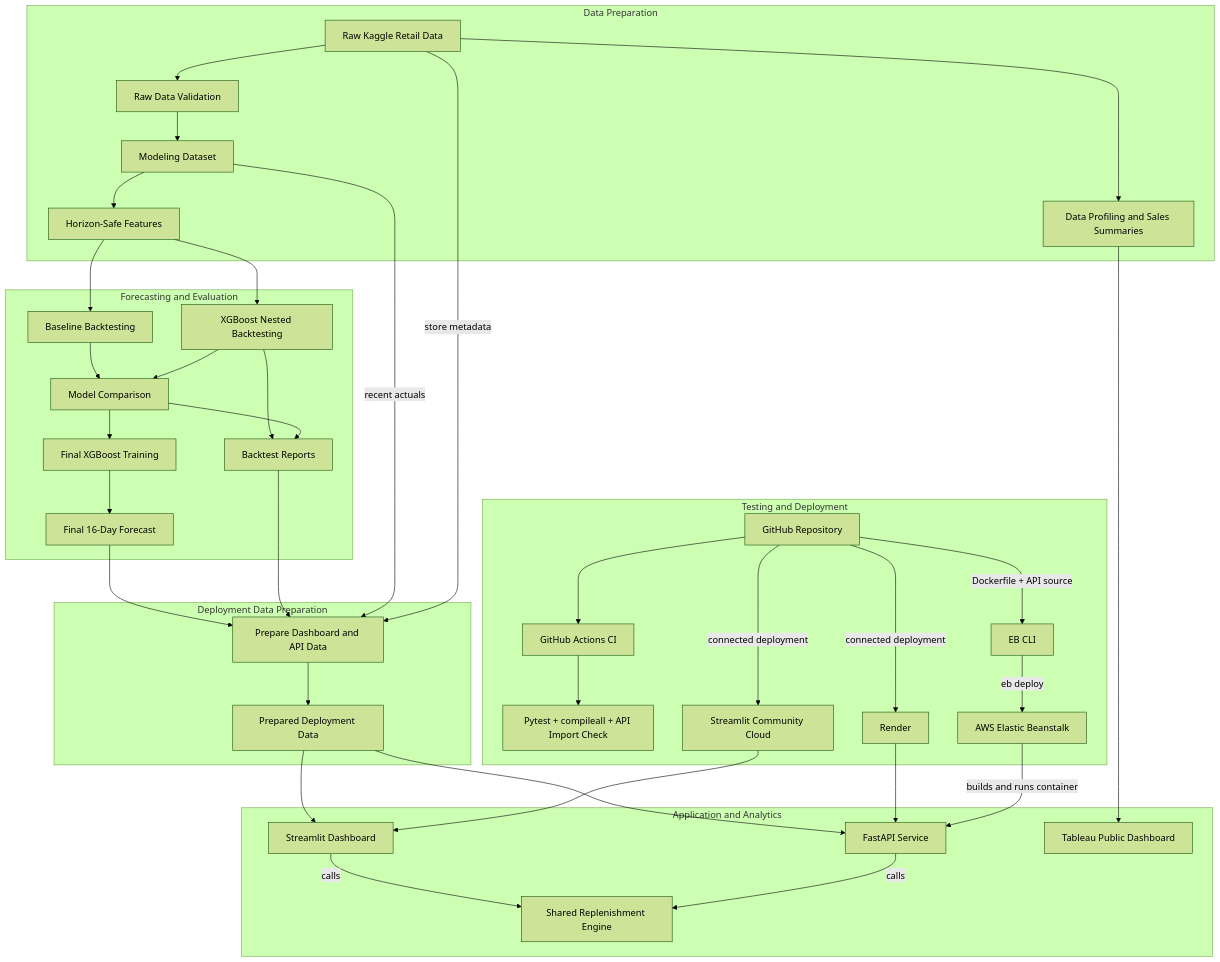
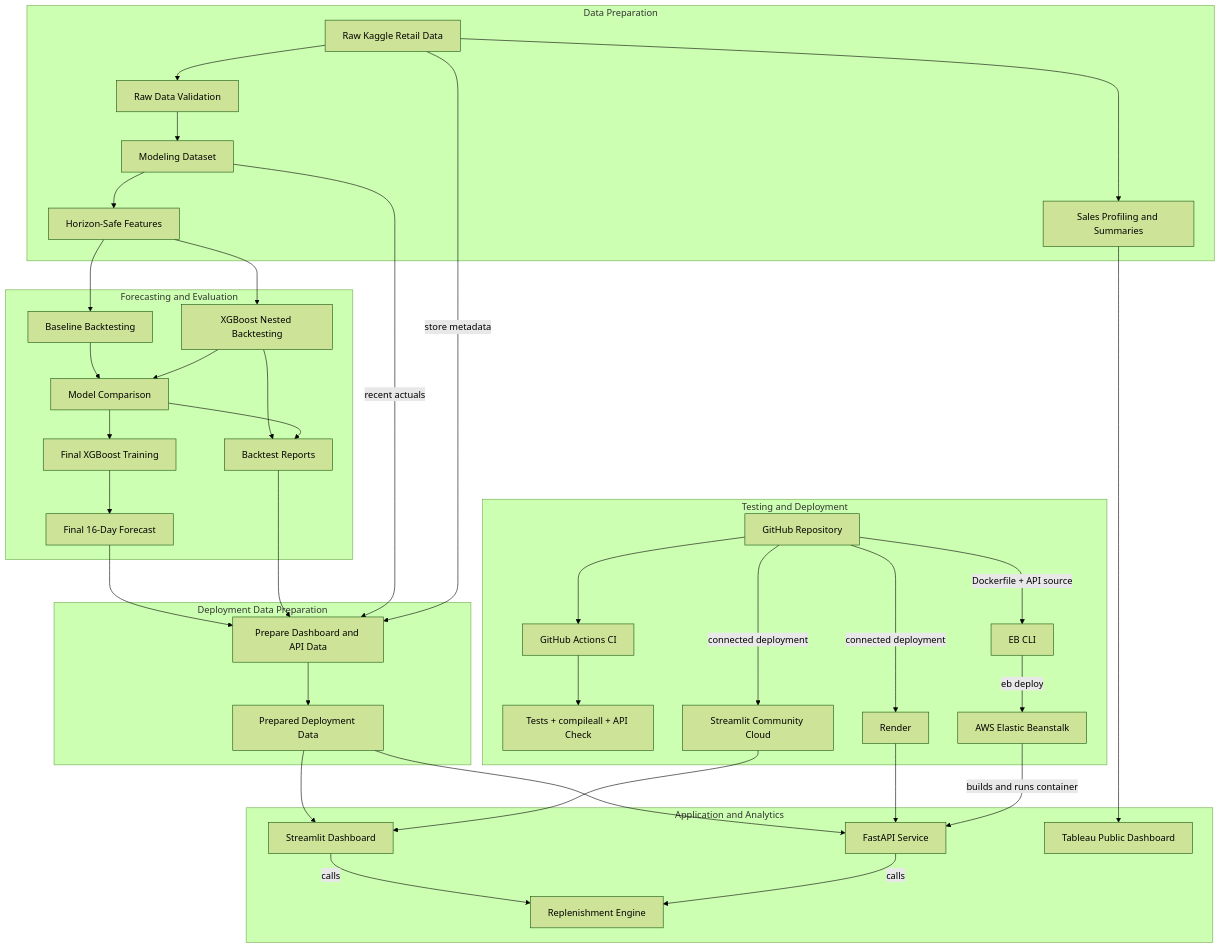
The diagram in README.md (momo840505/retail-demand-forecasting), drawn with Mermaid (forest theme) before and after one commit.

Commit message:
Update terminology in README for clarity

````diff
--- a/README.md
+++ b/README.md
@@ -279,58 +279,58 @@
 ```mermaid
 flowchart TD
 
     subgraph DATA["Data Preparation"]
         A[Raw Kaggle Retail Data] --> B[Raw Data Validation]
-        A --> C[Data Profiling and Sales Summaries]
+        A --> C[Sales Profiling and Summaries]
         B --> D[Modeling Dataset]
         D --> E[Horizon-Safe Features]
     end
 
     subgraph MODEL["Forecasting and Evaluation"]
         E --> F[Baseline Backtesting]
         E --> G[XGBoost Nested Backtesting]
 
         F --> H[Model Comparison]
         G --> H
 
         H --> I[Final XGBoost Training]
         I --> J[Final 16-Day Forecast]
 
         G --> K[Backtest Reports]
         H --> K
     end
 
     subgraph PREP["Deployment Data Preparation"]
         J --> L[Prepare Dashboard and API Data]
         K --> L
         D -->|recent actuals| L
         A -->|store metadata| L
 
         L --> M[Prepared Deployment Data]
     end
 
     subgraph APPLICATION["Application and Analytics"]
         M --> N[Streamlit Dashboard]
         M --> O[FastAPI Service]
 
-        N -->|calls| P[Shared Replenishment Engine]
+        N -->|calls| P[Replenishment Engine]
         O -->|calls| P
 
         C --> Q[Tableau Public Dashboard]
     end
 
     subgraph DELIVERY["Testing and Deployment"]
         R[GitHub Repository] --> S[GitHub Actions CI]
-        S --> T[Pytest + compileall + API Import Check]
+        S --> T[Tests + compileall + API Check]
 
         R -->|connected deployment| U[Streamlit Community Cloud]
         R -->|connected deployment| V[Render]
 
         R -->|Dockerfile + API source| W[EB CLI]
         W -->|eb deploy| X[AWS Elastic Beanstalk]
 
         U --> N
         V --> O
         X -->|builds and runs container| O
     end
 ```
````
